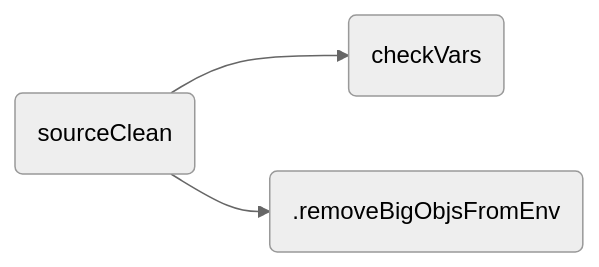
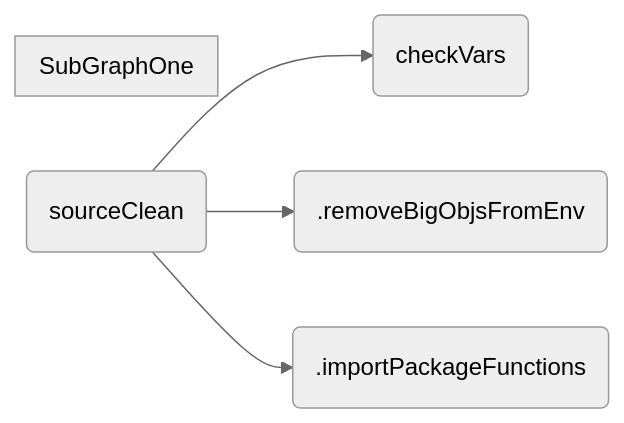
One commit to vertesy/isoENV changed the diagram in README.md. Above: the diagram before and after it, drawn with Mermaid (neutral theme). The commit also changed other lines of this file and 8 other files, not shown here.

````diff
--- a/README.md
+++ b/README.md
@@ -168,6 +202,10 @@
- ```mermaid
+```mermaid
  flowchart LR 
+
   sourceClean(sourceClean) --> checkVars(checkVars)
   sourceClean(sourceClean) --> .removeBigObjsFromEnv(.removeBigObjsFromEnv)
+  sourceClean(sourceClean) --> .importPackageFunctions(.importPackageFunctions)
+subgraph SubGraphOne
 
- ```
+end
+```
````
